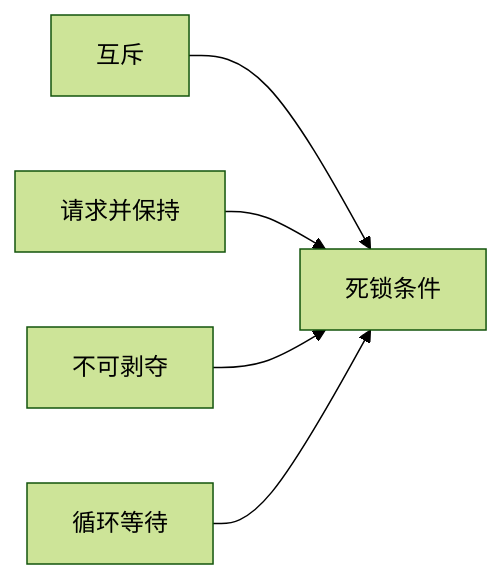
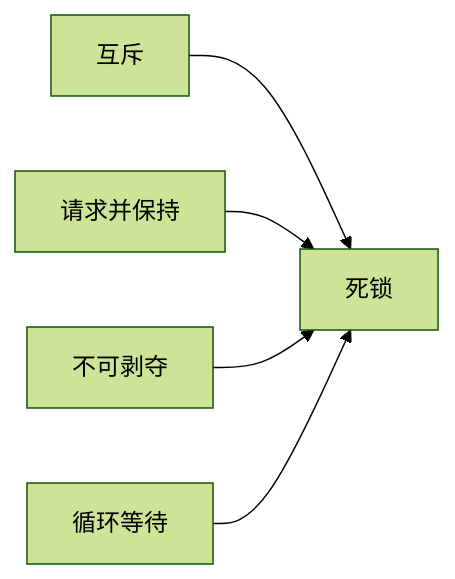
One commit to wuyoueeee/CS-Job-Guide changed the second of 2 diagrams in docs/基础知识/操作系统高频面试题.md. Above: the diagram before and after it, drawn with Mermaid (forest theme). The commit also changed other lines of this file and 9 other files, not shown here.

````diff
--- a/docs/基础知识/操作系统高频面试题.md
+++ b/docs/基础知识/操作系统高频面试题.md
@@ -43,7 +98,7 @@
 ```mermaid
 flowchart LR
-    A[互斥] --> E[死锁条件]
-    B[请求并保持] --> E
-    C[不可剥夺] --> E
-    D[循环等待] --> E
+    A["互斥"] --> E["死锁"]
+    B["请求并保持"] --> E
+    C["不可剥夺"] --> E
+    D["循环等待"] --> E
 ```
````
